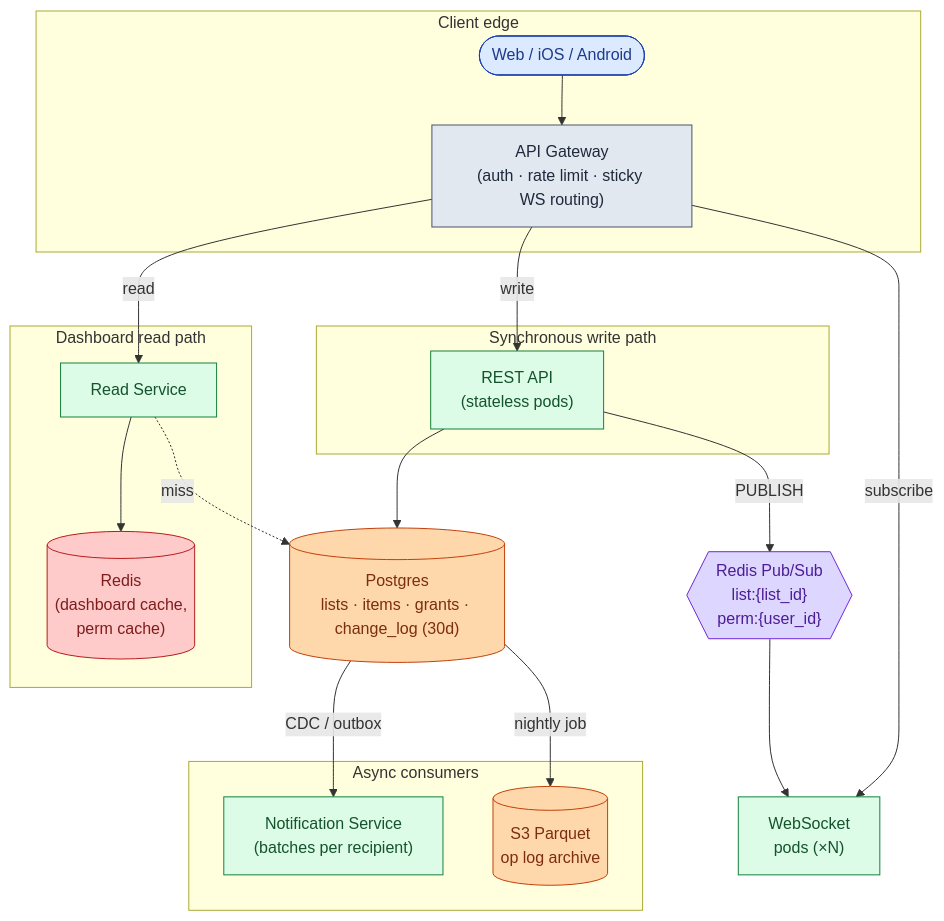
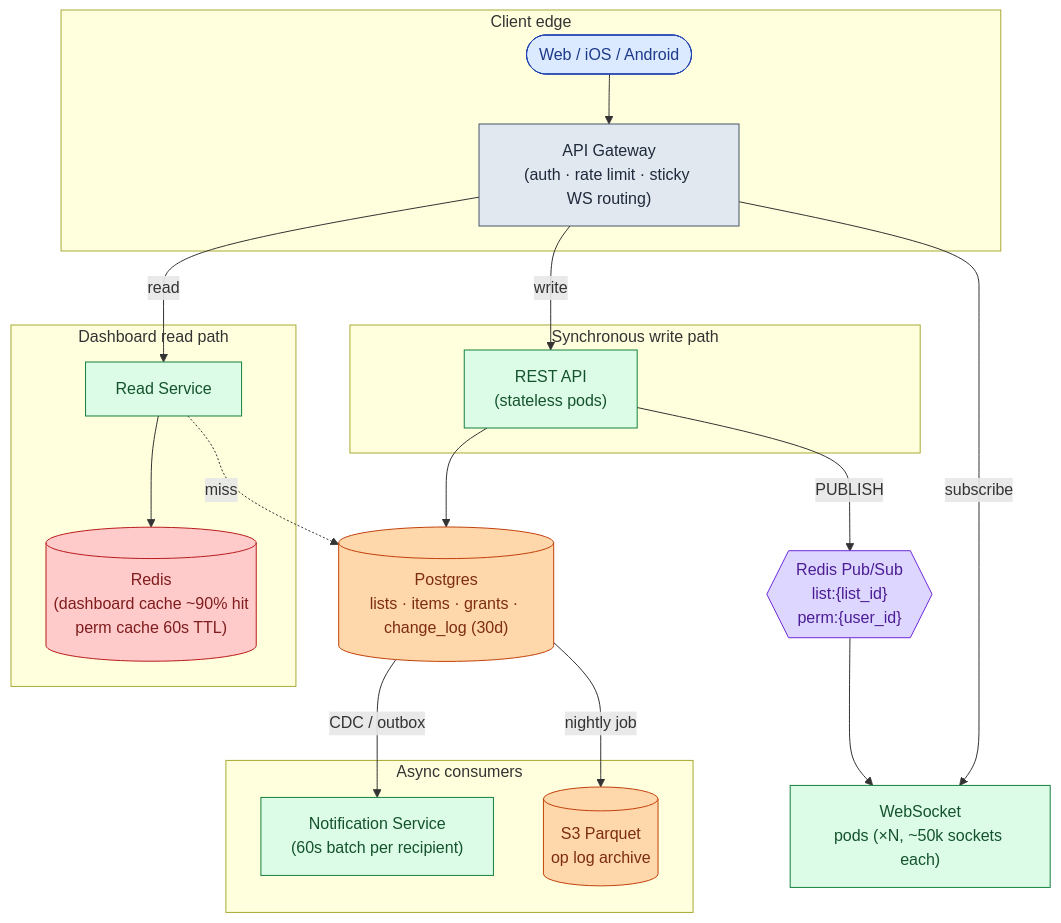
Before and after one commit to shiningflash/system-design: the second of 5 diagrams in problems/013-todo-list-sharing/solution.md, drawn with Mermaid. The commit also changed other lines of this file and 37 other files, not shown here.

````diff
--- a/problems/013-todo-list-sharing/solution.md
+++ b/problems/013-todo-list-sharing/solution.md
@@ -230,46 +228,46 @@
 ```mermaid
 flowchart TB
     subgraph Edge["Client edge"]
         C([Web / iOS / Android]):::user
         GW["API Gateway<br/>(auth · rate limit · sticky WS routing)"]:::edge
     end
 
     subgraph WritePath["Synchronous write path"]
         API["REST API<br/>(stateless pods)"]:::app
     end
 
     DB[("Postgres<br/>lists · items · grants · change_log (30d)")]:::db
 
     subgraph ReadPath["Dashboard read path"]
         R["Read Service"]:::app
-        RedisCache[("Redis<br/>(dashboard cache,<br/>perm cache)")]:::cache
+        RedisCache[("Redis<br/>(dashboard cache ~90% hit<br/>perm cache 60s TTL)")]:::cache
     end
 
     Bus{{"Redis Pub/Sub<br/>list:{list_id}<br/>perm:{user_id}"}}:::queue
 
-    WS["WebSocket<br/>pods (×N)"]:::app
+    WS["WebSocket<br/>pods (×N, ~50k sockets each)"]:::app
 
     subgraph Consumers["Async consumers"]
-        N["Notification Service<br/>(batches per recipient)"]:::app
+        N["Notification Service<br/>(60s batch per recipient)"]:::app
         Cold[("S3 Parquet<br/>op log archive")]:::db
     end
 
     C --> GW
     GW -->|write| API
     GW -->|read| R
     GW -->|subscribe| WS
     API --> DB
     API -->|PUBLISH| Bus
     Bus --> WS
     R --> RedisCache
     R -.miss.-> DB
     DB -->|CDC / outbox| N
     DB -->|nightly job| Cold
 
     classDef user  fill:#dbeafe,stroke:#1e40af,color:#1e3a8a
     classDef edge  fill:#e2e8f0,stroke:#475569,color:#1e293b
     classDef app   fill:#dcfce7,stroke:#15803d,color:#14532d
     classDef db    fill:#fed7aa,stroke:#c2410c,color:#7c2d12
     classDef cache fill:#fecaca,stroke:#b91c1c,color:#7f1d1d
     classDef queue fill:#ddd6fe,stroke:#6d28d9,color:#4c1d95
 ```
````
